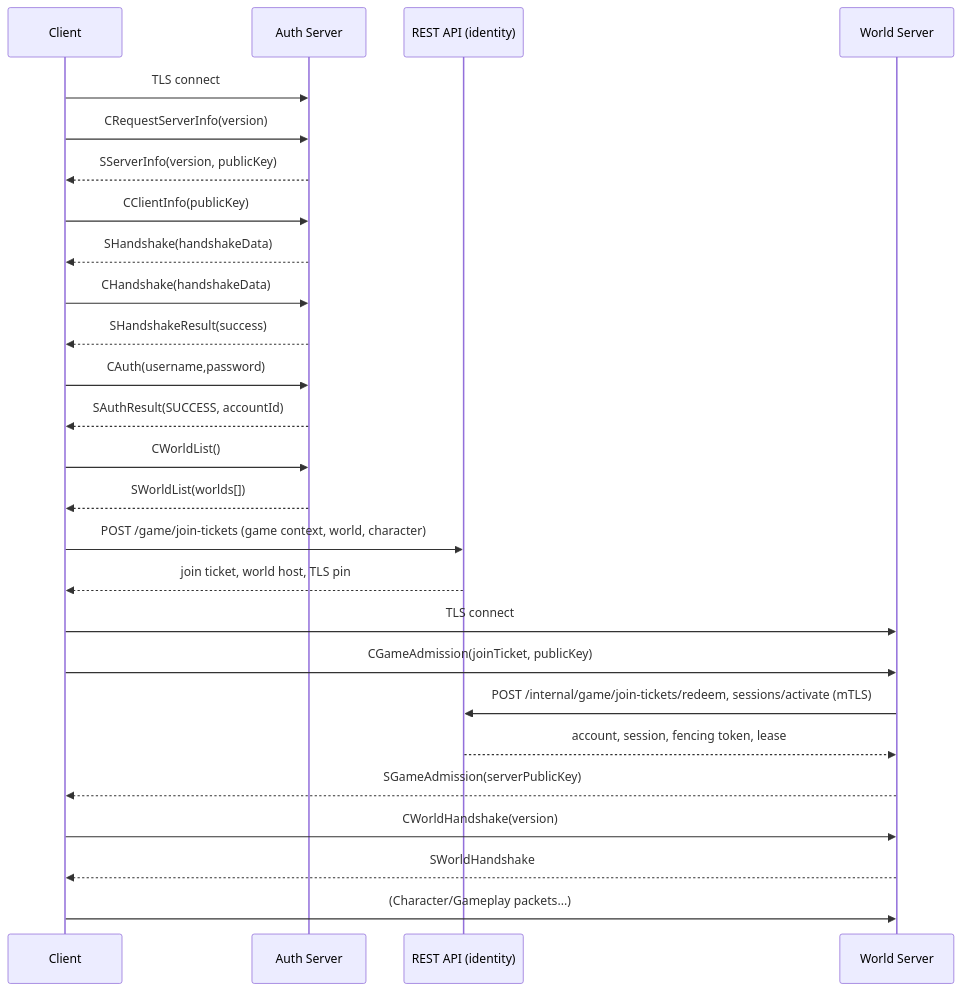
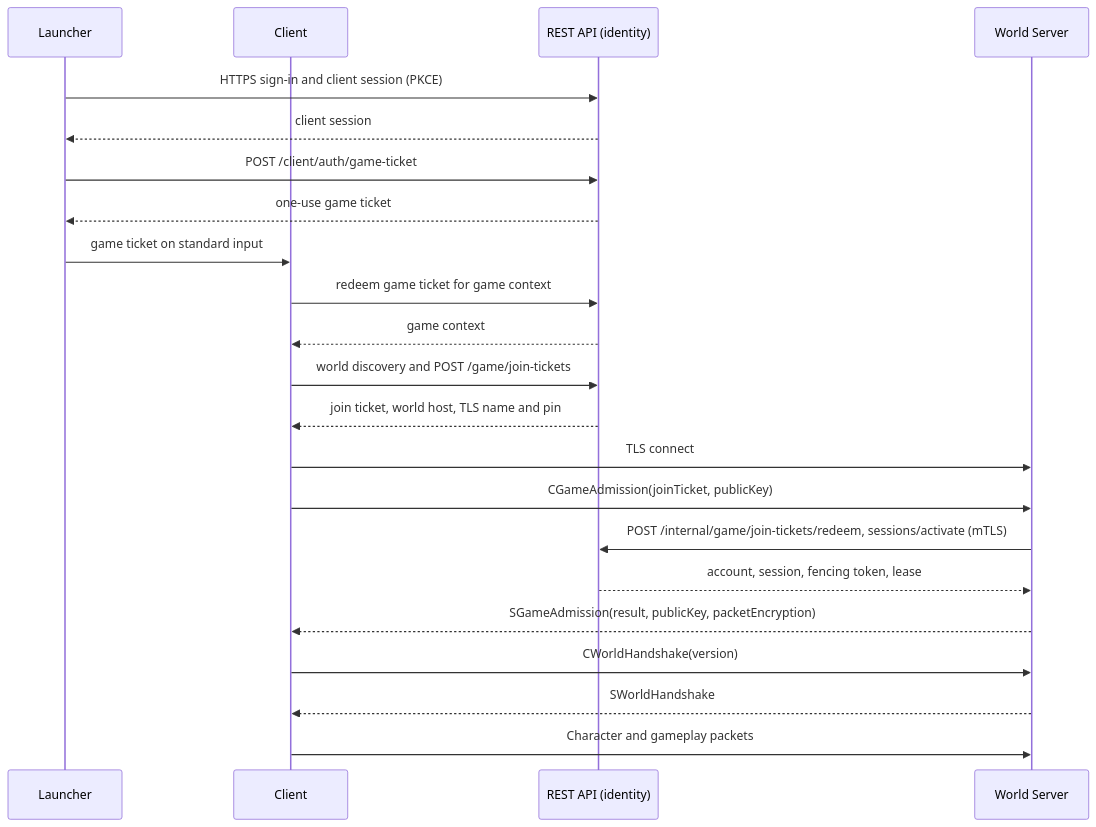
Before and after one commit to WoozChucky/Avalon.Server: the diagram in docs/networking-packet-protocol.md, drawn with Mermaid. The commit also changed other lines of this file and 71 other files, not shown here.

````diff
--- a/docs/networking-packet-protocol.md
+++ b/docs/networking-packet-protocol.md
@@ -567,29 +552,25 @@
 ```mermaid
 sequenceDiagram
+    participant Launcher
     participant Client
-    participant Auth as Auth Server
     participant Api as REST API (identity)
     participant World as World Server
 
-    Client->>Auth: TLS connect
-    Client->>Auth: CRequestServerInfo(version)
-    Auth-->>Client: SServerInfo(version, publicKey)
-    Client->>Auth: CClientInfo(publicKey)
-    Auth-->>Client: SHandshake(handshakeData)
-    Client->>Auth: CHandshake(handshakeData)
-    Auth-->>Client: SHandshakeResult(success)
-    Client->>Auth: CAuth(username,password)
-    Auth-->>Client: SAuthResult(SUCCESS, accountId)
-    Client->>Auth: CWorldList()
-    Auth-->>Client: SWorldList(worlds[])
-    Client->>Api: POST /game/join-tickets (game context, world, character)
-    Api-->>Client: join ticket, world host, TLS pin
+    Launcher->>Api: HTTPS sign-in and client session (PKCE)
+    Api-->>Launcher: client session
+    Launcher->>Api: POST /client/auth/game-ticket
+    Api-->>Launcher: one-use game ticket
+    Launcher->>Client: game ticket on standard input
+    Client->>Api: redeem game ticket for game context
+    Api-->>Client: game context
+    Client->>Api: world discovery and POST /game/join-tickets
+    Api-->>Client: join ticket, world host, TLS name and pin
     Client->>World: TLS connect
     Client->>World: CGameAdmission(joinTicket, publicKey)
     World->>Api: POST /internal/game/join-tickets/redeem, sessions/activate (mTLS)
     Api-->>World: account, session, fencing token, lease
-    World-->>Client: SGameAdmission(serverPublicKey)
+    World-->>Client: SGameAdmission(result, publicKey, packetEncryption)
     Client->>World: CWorldHandshake(version)
     World-->>Client: SWorldHandshake
-    Client->>World: (Character/Gameplay packets...)
+    Client->>World: Character and gameplay packets
 ```
````
